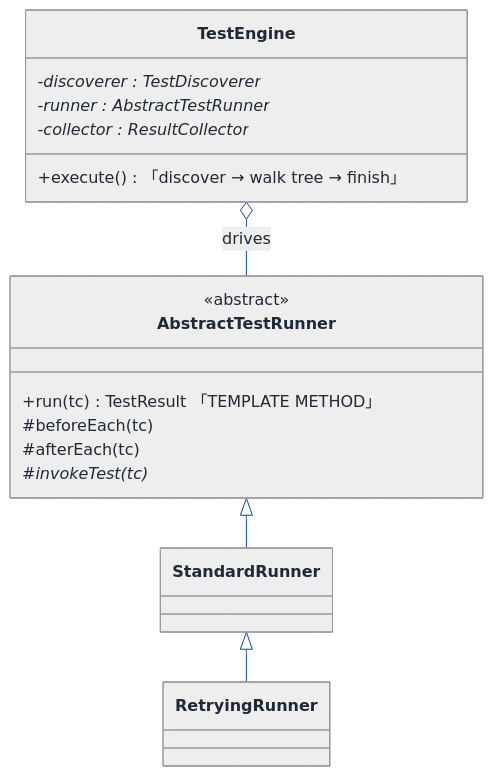
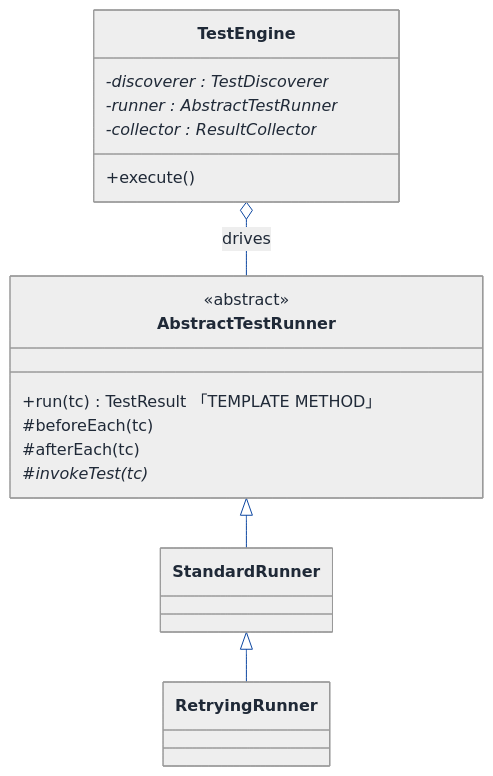
The fourth of 7 diagrams in LLD/Topics/Plugin_Architecture/Test_Framework.md (Prateek-5/question-bank), drawn with Mermaid before and after one commit. The commit also changed other lines of this file and 61 other files, not shown here.

First line of the commit message:
Fix invalid mermaid classDiagram member syntax across LLD walkthroughs

````diff
--- a/LLD/Topics/Plugin_Architecture/Test_Framework.md
+++ b/LLD/Topics/Plugin_Architecture/Test_Framework.md
@@ -787,54 +787,54 @@
 ```mermaid
 ---
 config:
   theme: neutral
   themeVariables:
     background: '#ffffff'
     primaryColor: '#cfe2ff'
     primaryTextColor: '#1f2937'
     primaryBorderColor: '#084298'
     secondaryColor: '#fff3cd'
     secondaryTextColor: '#1f2937'
     secondaryBorderColor: '#664d03'
     tertiaryColor: '#d1e7dd'
     tertiaryTextColor: '#1f2937'
     tertiaryBorderColor: '#0a3622'
     lineColor: '#0d47a1'
     textColor: '#1f2937'
     noteBkgColor: '#fff3cd'
     noteTextColor: '#1f2937'
     noteBorderColor: '#997404'
     actorBkg: '#cfe2ff'
     actorBorder: '#084298'
     actorTextColor: '#1f2937'
     signalColor: '#0d47a1'
     signalTextColor: '#1f2937'
     labelBoxBkgColor: '#ffffff'
     labelBoxBorderColor: '#d3d3d3'
     labelTextColor: '#1f2937'
     edgeLabelBackground: '#ffffff'
     labelBackground: '#ffffff'
     classText: '#1f2937'
     fontFamily: 'system-ui, -apple-system, Segoe UI, Helvetica, Arial, sans-serif'
 ---
 classDiagram
   direction TB
   class TestEngine {
     -discoverer : TestDiscoverer*
     -runner : AbstractTestRunner*
     -collector : ResultCollector*
-    +execute()  「discover → walk tree → finish」
+    +execute()
   }
   class AbstractTestRunner {
     <<abstract>>
     +run(tc) TestResult  「TEMPLATE METHOD」
     #beforeEach(tc)
     #afterEach(tc)
     #invokeTest(tc)*
   }
   class StandardRunner
   class RetryingRunner
   TestEngine o-- AbstractTestRunner : drives
   AbstractTestRunner <|-- StandardRunner
   StandardRunner <|-- RetryingRunner
 ```
````
